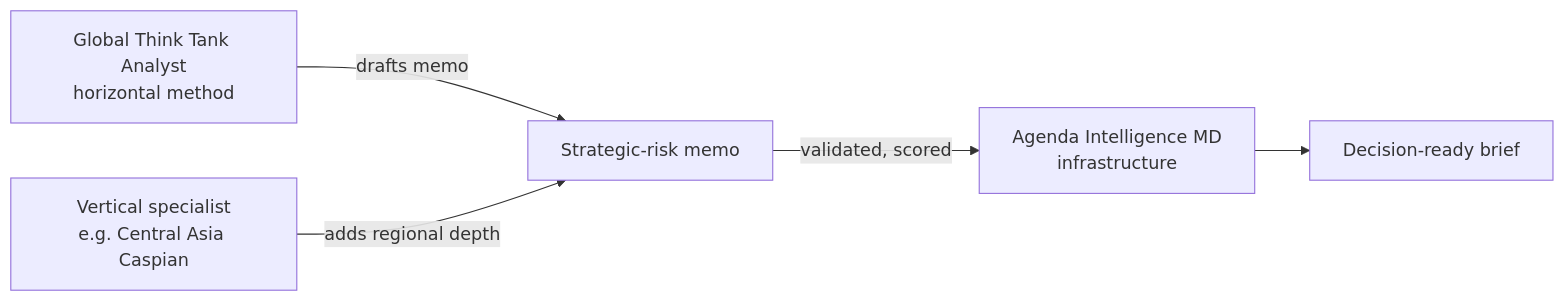
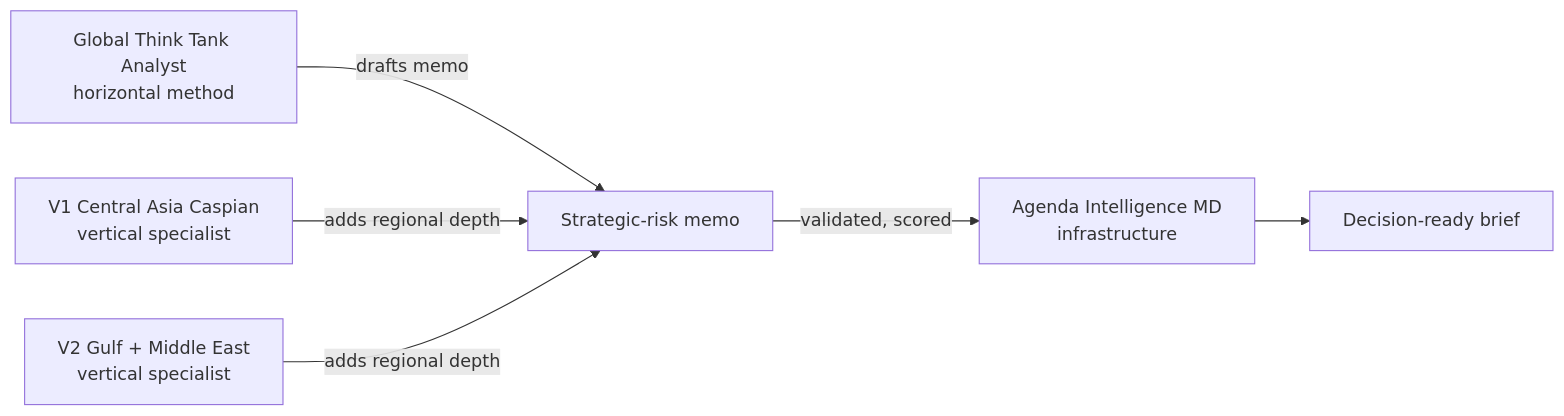
The diagram in README.md (vassiliylakhonin/global-think-tank-analyst), drawn with Mermaid before and after one commit. The commit also changed other lines of this file and 1 other file, not shown here.

First line of the commit message:
Add Gulf + Middle East vertical specialist to portfolio

````diff
--- a/README.md
+++ b/README.md
@@ -46,7 +47,8 @@
 ```mermaid
 flowchart LR
     A[Global Think Tank Analyst<br/>horizontal method] -->|drafts memo| D[Strategic-risk memo]
-    V[Vertical specialist<br/>e.g. Central Asia Caspian] -->|adds regional depth| D
+    V1[V1 Central Asia Caspian<br/>vertical specialist] -->|adds regional depth| D
+    V2[V2 Gulf + Middle East<br/>vertical specialist] -->|adds regional depth| D
     D -->|validated, scored| C[Agenda Intelligence MD<br/>infrastructure]
     C --> O[Decision-ready brief]
 ```
````
